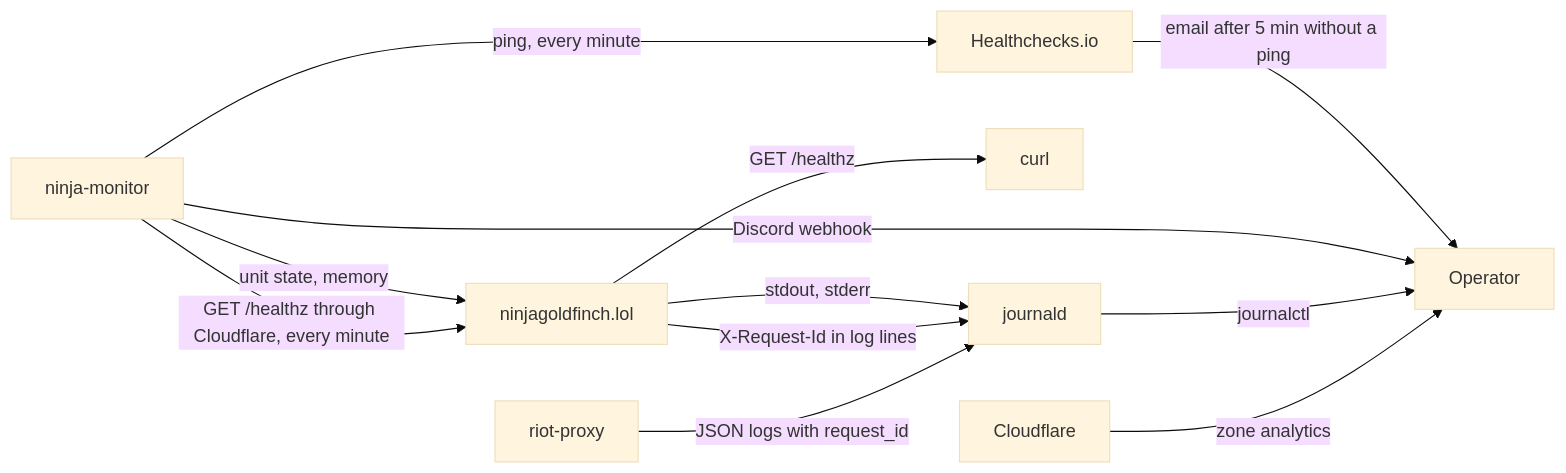
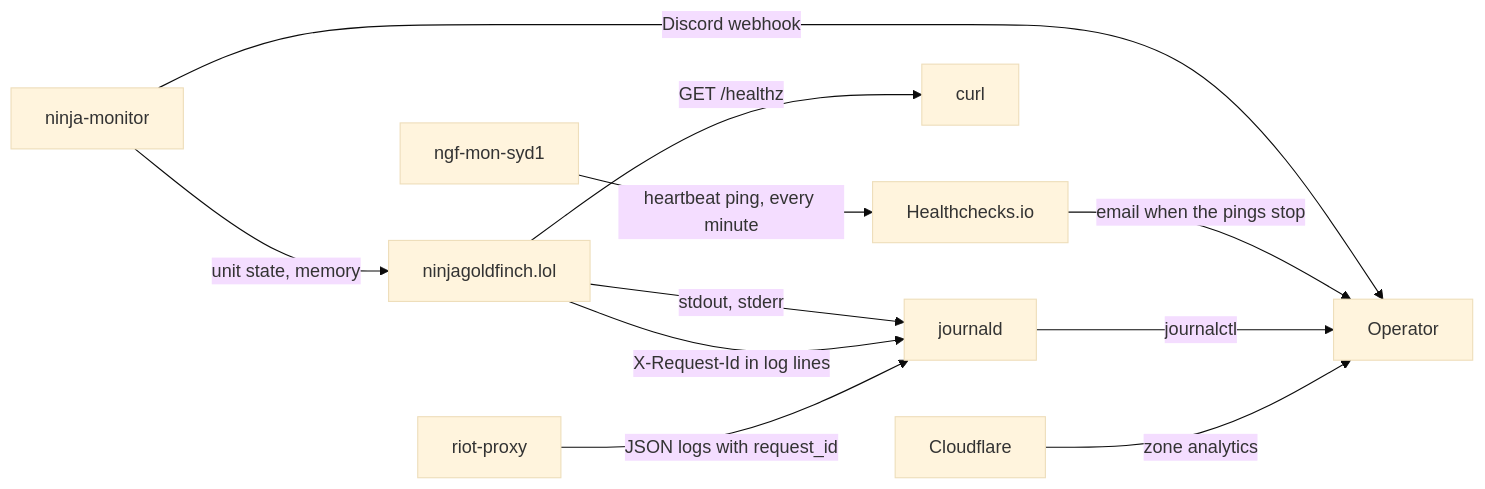
The diagram in docs/operations/observability.md (NinjaGoldfinch/ninjagoldfinch-lol), drawn with Mermaid (base theme) before and after one commit. The commit also changed other lines of this file and 10 other files, not shown here.

````diff
--- a/docs/operations/observability.md
+++ b/docs/operations/observability.md
@@ -9,14 +9,13 @@
 ```mermaid
 flowchart LR
     Site["ninjagoldfinch.lol"] -->|"stdout, stderr"| Journal["journald"]
     Site -->|"GET /healthz"| Probe["curl"]
     Monitor["ninja-monitor"] -->|"unit state, memory"| Site
-    Monitor -->|"GET /healthz through Cloudflare, every minute"| Site
-    Monitor -->|"ping, every minute"| HC["Healthchecks.io"]
-    HC -->|"email after 5 min without a ping"| Owner
     Monitor -->|"Discord webhook"| Owner["Operator"]
+    MonHost["ngf-mon-syd1"] -->|"heartbeat ping, every minute"| HC["Healthchecks.io"]
+    HC -->|"email when the pings stop"| Owner
     Journal -->|"journalctl"| Owner
     Site -->|"X-Request-Id in log lines"| Journal
     Proxy["riot-proxy"] -->|"JSON logs with request_id"| Journal
     Cloudflare -->|"zone analytics"| Owner
 ```
````
